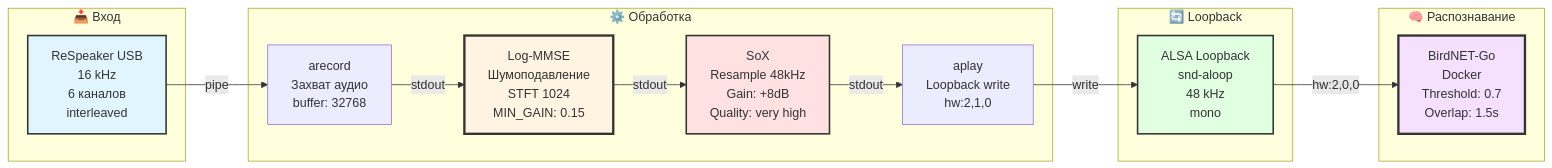
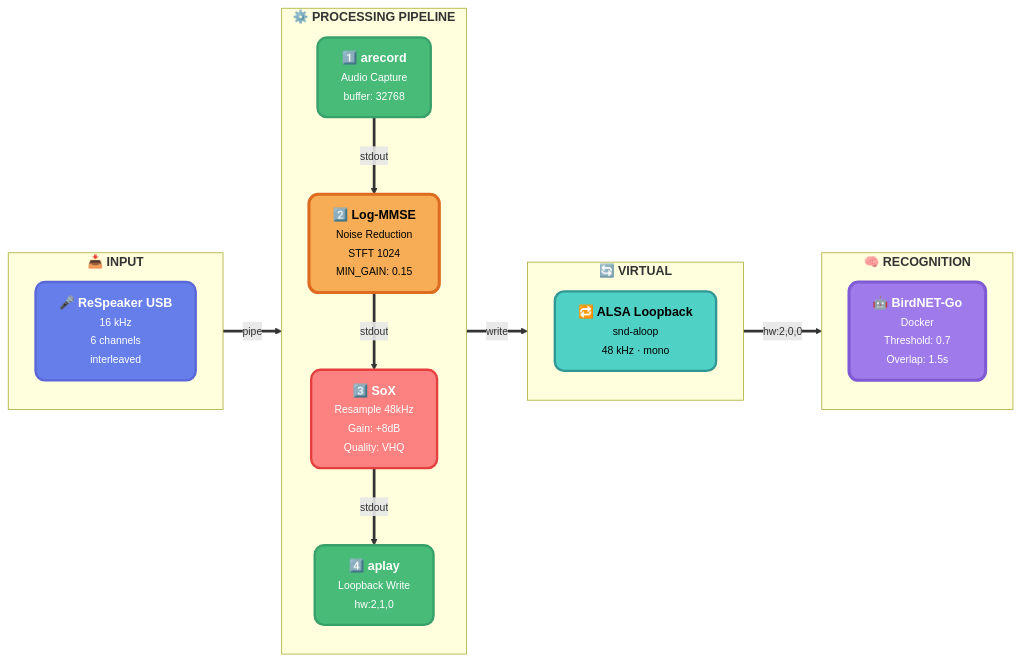
One commit to Gfermoto/birdnet_odas changed the diagram in docs/audio_pipeline.md. Above: the diagram before and after it, drawn with Mermaid. The commit also changed 3 other files, not shown here.

First line of the commit message:
design: профессиональный редизайн всех диаграмм

````diff
--- a/docs/audio_pipeline.md
+++ b/docs/audio_pipeline.md
@@ -13,34 +13,48 @@
 ```mermaid
+%%{init: {'theme':'base', 'themeVariables': { 'fontSize':'14px', 'fontFamily':'system-ui, -apple-system, "Segoe UI", Roboto, sans-serif'}}}%%
 flowchart LR
-    subgraph Input["📥 Вход"]
-        A[ReSpeaker USB<br/>16 kHz<br/>6 каналов<br/>interleaved]
+    subgraph IN["<b>📥 INPUT</b>"]
+        direction TB
+        A["<b>🎤 ReSpeaker USB</b><br/><small>16 kHz<br/>6 channels<br/>interleaved</small>"]
     end
     
-    subgraph Processing["⚙️ Обработка"]
-        B[arecord<br/>Захват аудио<br/>buffer: 32768]
-        C[Log-MMSE<br/>Шумоподавление<br/>STFT 1024<br/>MIN_GAIN: 0.15]
-        D[SoX<br/>Resample 48kHz<br/>Gain: +8dB<br/>Quality: very high]
-        E[aplay<br/>Loopback write<br/>hw:2,1,0]
+    subgraph PROC["<b>⚙️ PROCESSING PIPELINE</b>"]
+        direction TB
+        B["<b>1️⃣ arecord</b><br/><small>Audio Capture<br/>buffer: 32768</small>"]
+        C["<b>2️⃣ Log-MMSE</b><br/><small>Noise Reduction<br/>STFT 1024<br/>MIN_GAIN: 0.15</small>"]
+        D["<b>3️⃣ SoX</b><br/><small>Resample 48kHz<br/>Gain: +8dB<br/>Quality: VHQ</small>"]
+        E["<b>4️⃣ aplay</b><br/><small>Loopback Write<br/>hw:2,1,0</small>"]
     end
     
-    subgraph Loopback["🔄 Loopback"]
-        F[ALSA Loopback<br/>snd-aloop<br/>48 kHz<br/>mono]
+    subgraph LOOP["<b>🔄 VIRTUAL</b>"]
+        direction TB
+        F["<b>🔁 ALSA Loopback</b><br/><small>snd-aloop<br/>48 kHz · mono</small>"]
     end
     
-    subgraph Recognition["🧠 Распознавание"]
-        G[BirdNET-Go<br/>Docker<br/>Threshold: 0.7<br/>Overlap: 1.5s]
+    subgraph AI["<b>🧠 RECOGNITION</b>"]
+        direction TB
+        G["<b>🤖 BirdNET-Go</b><br/><small>Docker<br/>Threshold: 0.7<br/>Overlap: 1.5s</small>"]
     end
     
-    A -->|pipe| B
-    B -->|stdout| C
-    C -->|stdout| D
-    D -->|stdout| E
-    E -->|write| F
-    F -->|hw:2,0,0| G
+    A ==>|"<small>pipe</small>"| B
+    B ==>|"<small>stdout</small>"| C
+    C ==>|"<small>stdout</small>"| D
+    D ==>|"<small>stdout</small>"| E
+    E ==>|"<small>write</small>"| F
+    F ==>|"<small>hw:2,0,0</small>"| G
     
-    style A fill:#e1f5ff,stroke:#333,stroke-width:2px
-    style C fill:#fff4e1,stroke:#333,stroke-width:3px
-    style D fill:#ffe1e1,stroke:#333,stroke-width:2px
-    style F fill:#e1ffe1,stroke:#333,stroke-width:2px
-    style G fill:#f5e1ff,stroke:#333,stroke-width:3px
+    classDef input fill:#667EEA,stroke:#5A67D8,stroke-width:3px,color:#fff,rx:12,ry:12
+    classDef capture fill:#48BB78,stroke:#38A169,stroke-width:3px,color:#fff,rx:12,ry:12
+    classDef core fill:#F6AD55,stroke:#DD6B20,stroke-width:4px,color:#000,rx:12,ry:12
+    classDef convert fill:#FC8181,stroke:#E53E3E,stroke-width:3px,color:#fff,rx:12,ry:12
+    classDef virtual fill:#4FD1C5,stroke:#319795,stroke-width:3px,color:#000,rx:12,ry:12
+    classDef ai fill:#9F7AEA,stroke:#805AD5,stroke-width:4px,color:#fff,rx:12,ry:12
+    
+    class A input
+    class B capture
+    class C core
+    class D convert
+    class E capture
+    class F virtual
+    class G ai
 ```
````
